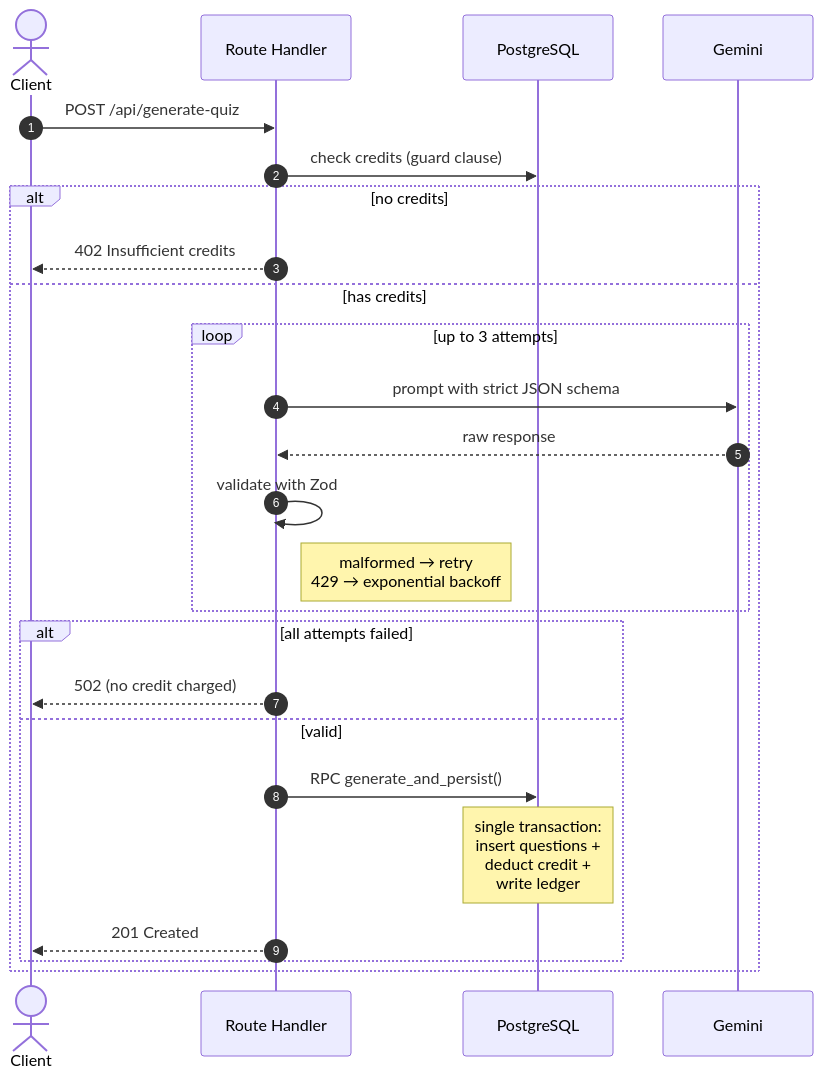
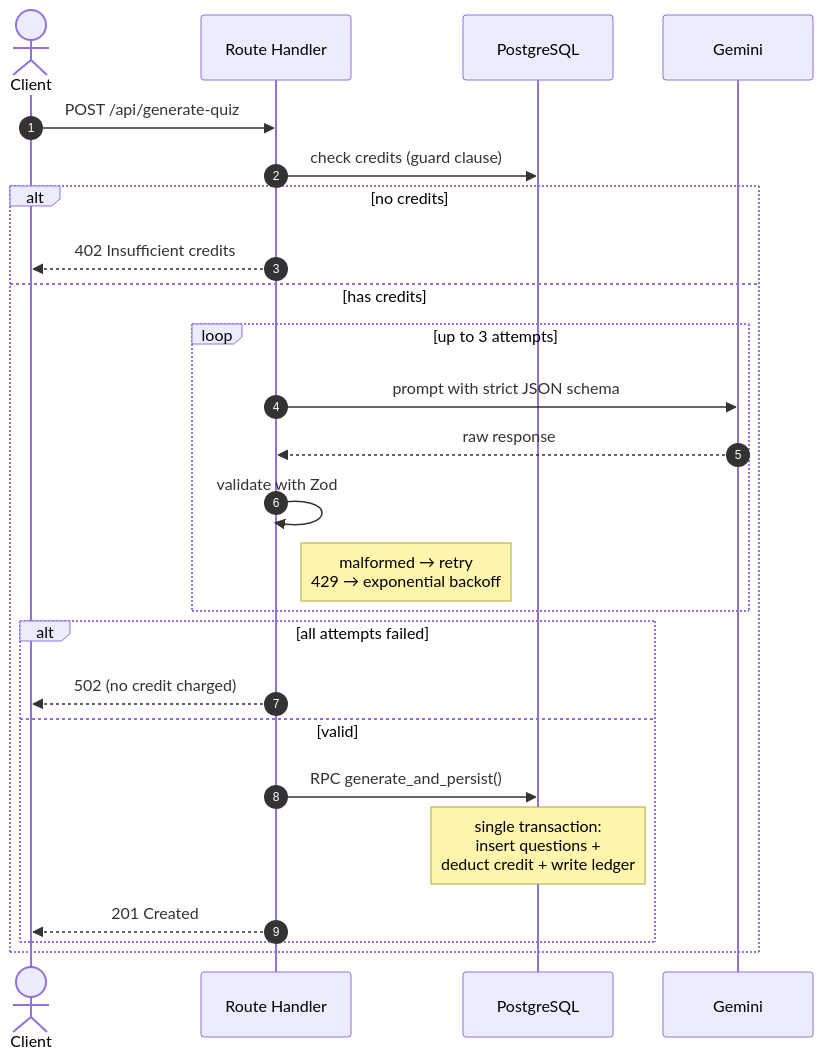
One commit to adityaaryas182/smart-study-saas changed the second of 2 diagrams in README.md. Above: the diagram before and after it, drawn with Mermaid. The commit also changed other lines of this file and 15 other files, not shown here.

````diff
--- a/README.md
+++ b/README.md
@@ -103,28 +107,28 @@
 ```mermaid
 sequenceDiagram
     autonumber
     actor Client
     participant API as Route Handler
     participant DB as PostgreSQL
     participant AI as Gemini
 
     Client->>API: POST /api/generate-quiz
     API->>DB: check credits (guard clause)
     alt no credits
         API-->>Client: 402 Insufficient credits
     else has credits
         loop up to 3 attempts
             API->>AI: prompt with strict JSON schema
             AI-->>API: raw response
             API->>API: validate with Zod
             Note right of API: malformed → retry<br/>429 → exponential backoff
         end
         alt all attempts failed
             API-->>Client: 502 (no credit charged)
         else valid
             API->>DB: RPC generate_and_persist()
-            Note over DB: single transaction:<br/>insert questions +<br/>deduct credit +<br/>write ledger
+            Note over DB: single transaction:<br/>insert questions +<br/>deduct credit + write ledger
             API-->>Client: 201 Created
         end
     end
 ```
````
